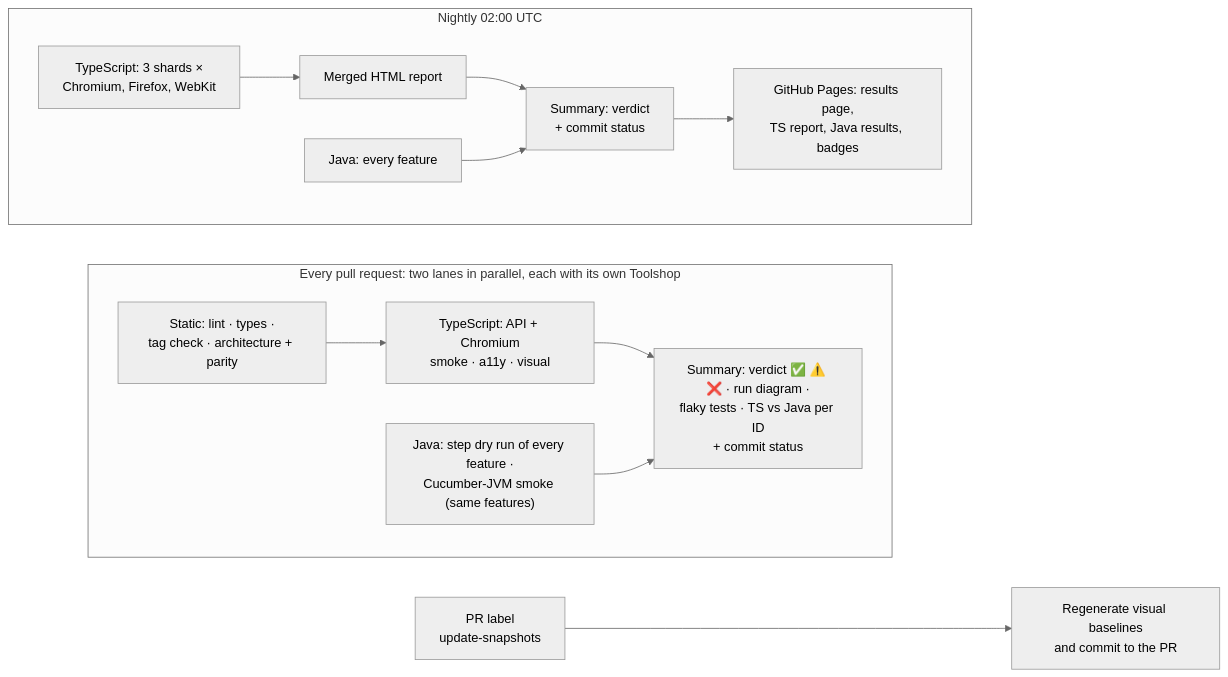
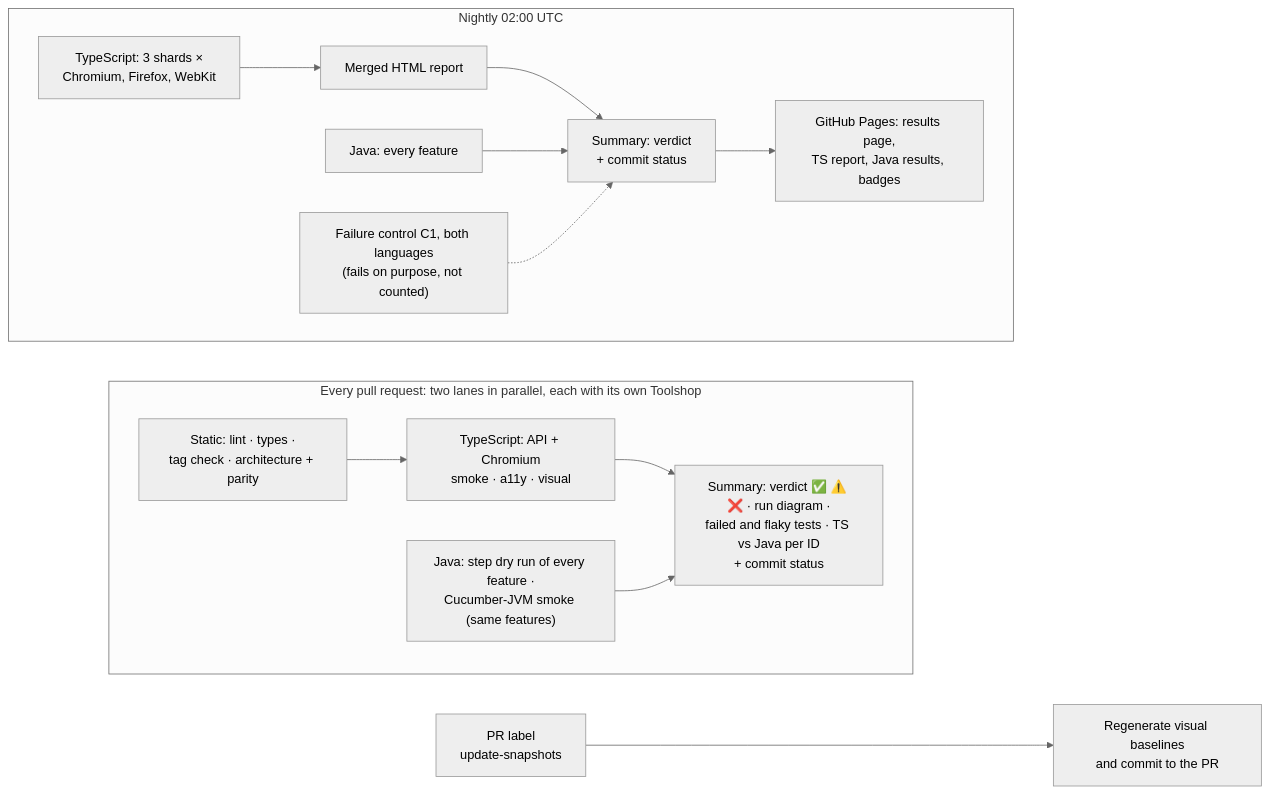
The second of 2 diagrams in README.md (junchunip-hue/playwright-e2e-showcase), drawn with Mermaid (neutral theme) before and after one commit. The commit also changed other lines of this file and 1 other file, not shown here.

First line of the commit message:
README and results pages: cover the failure control everywhere

````diff
--- a/README.md
+++ b/README.md
@@ -110,17 +113,18 @@
 ```mermaid
 flowchart LR
   subgraph PR["Every pull request: two lanes in parallel, each with its own Toolshop"]
     direction LR
     S["Static: lint · types ·<br/>tag check · architecture + parity"] --> TS["TypeScript: API + Chromium<br/>smoke · a11y · visual"]
     J["Java: step dry run of every feature ·<br/>Cucumber-JVM smoke (same features)"]
-    TS --> SUM["Summary: verdict ✅ ⚠️ ❌ · run diagram ·<br/>flaky tests · TS vs Java per ID<br/>+ commit status"]
+    TS --> SUM["Summary: verdict ✅ ⚠️ ❌ · run diagram ·<br/>failed and flaky tests · TS vs Java per ID<br/>+ commit status"]
     J --> SUM
   end
   subgraph N["Nightly 02:00 UTC"]
     direction LR
     SH["TypeScript: 3 shards ×<br/>Chromium, Firefox, WebKit"] --> M["Merged HTML report"] --> NS["Summary: verdict<br/>+ commit status"]
     NJ["Java: every feature"] --> NS
+    C["Failure control C1, both languages<br/>(fails on purpose, not counted)"] -.-> NS
     NS --> P["GitHub Pages: results page,<br/>TS report, Java results, badges"]
   end
   L["PR label<br/>update-snapshots"] --> B["Regenerate visual baselines<br/>and commit to the PR"]
 ```
````
